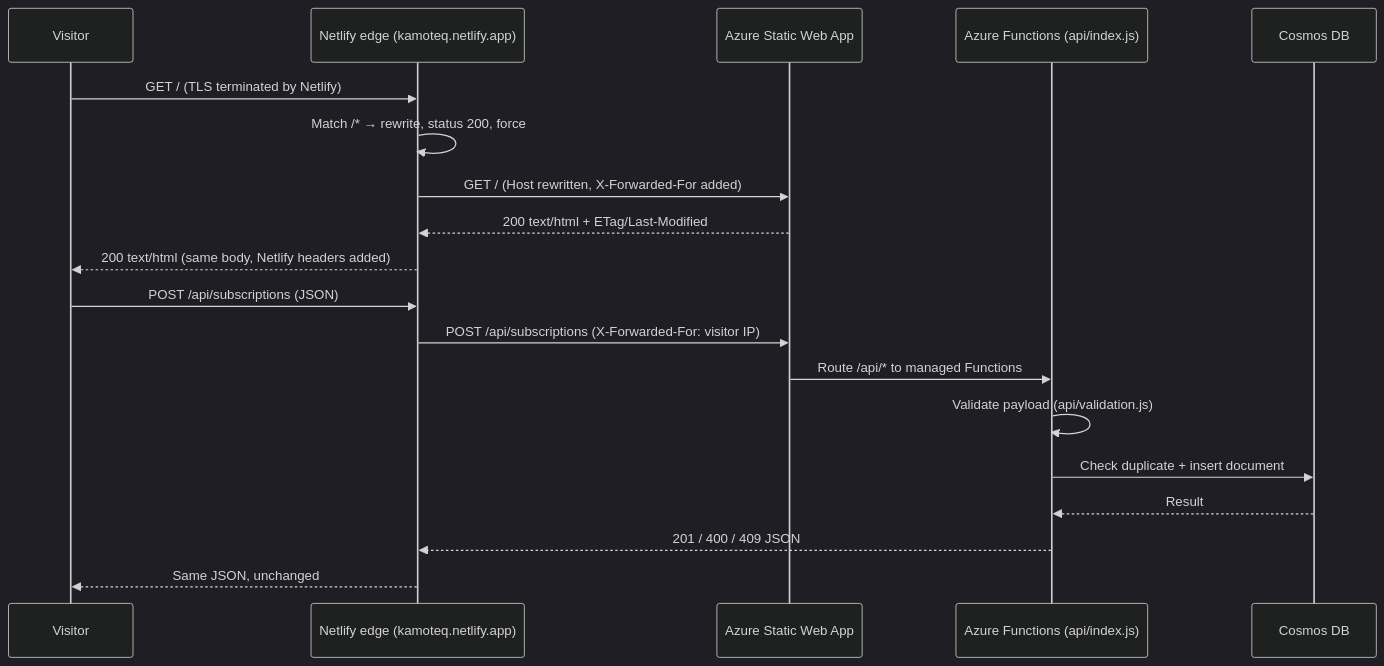
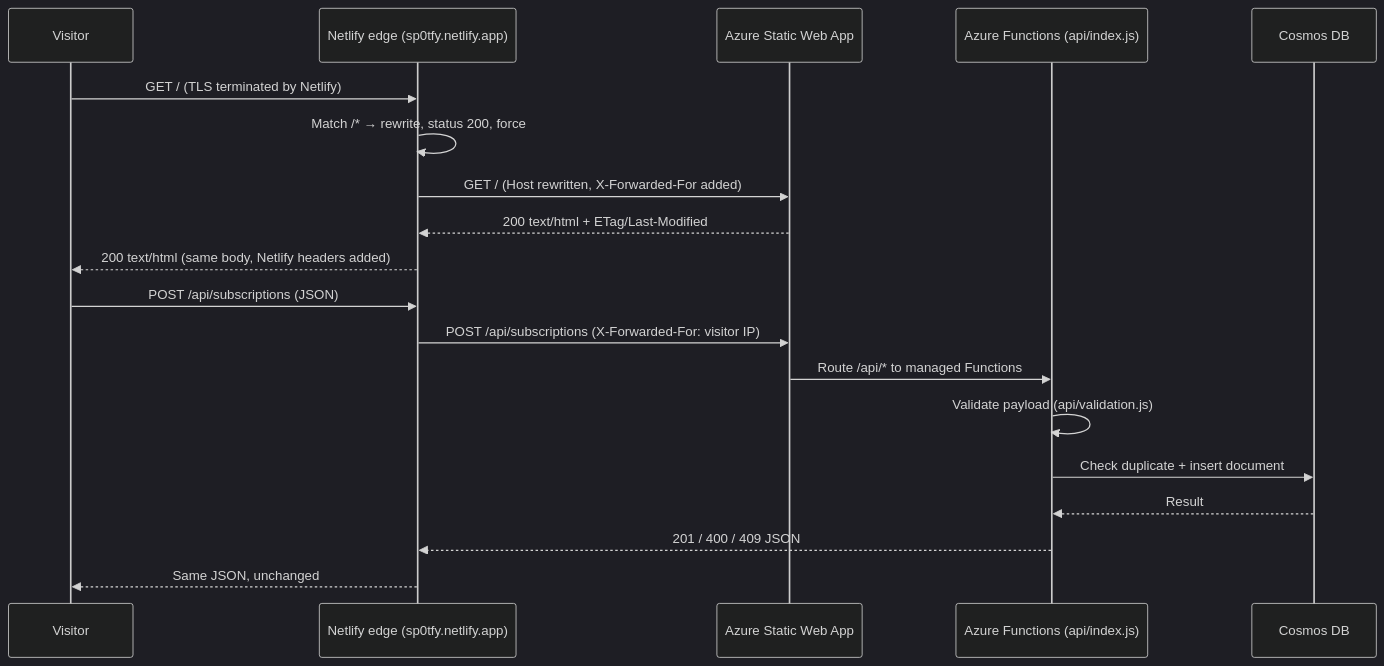
The fourth of 4 diagrams in FQDN_DNS_LAMP_INFRASTRUCTURE.md (13ntlent-afk/Mysp0tify), drawn with Mermaid (dark theme) before and after one commit. The commit also changed other lines of this file and 8 other files, not shown here.

````diff
--- a/FQDN_DNS_LAMP_INFRASTRUCTURE.md
+++ b/FQDN_DNS_LAMP_INFRASTRUCTURE.md
@@ -471,23 +471,23 @@
 ```mermaid
 sequenceDiagram
     participant V as Visitor
-    participant NL as Netlify edge (kamoteq.netlify.app)
+    participant NL as Netlify edge (sp0tfy.netlify.app)
     participant SWA as Azure Static Web App
     participant Fn as Azure Functions (api/index.js)
     participant DB as Cosmos DB
 
     V->>NL: GET / (TLS terminated by Netlify)
     NL->>NL: Match /* → rewrite, status 200, force
     NL->>SWA: GET / (Host rewritten, X-Forwarded-For added)
     SWA-->>NL: 200 text/html + ETag/Last-Modified
     NL-->>V: 200 text/html (same body, Netlify headers added)
 
     V->>NL: POST /api/subscriptions (JSON)
     NL->>SWA: POST /api/subscriptions (X-Forwarded-For: visitor IP)
     SWA->>Fn: Route /api/* to managed Functions
     Fn->>Fn: Validate payload (api/validation.js)
     Fn->>DB: Check duplicate + insert document
     DB-->>Fn: Result
     Fn-->>NL: 201 / 400 / 409 JSON
     NL-->>V: Same JSON, unchanged
 ```
````
